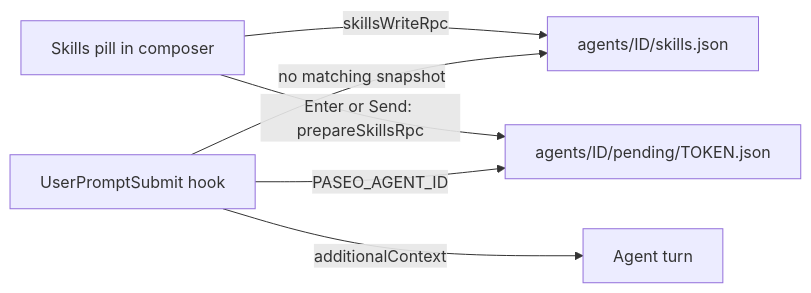
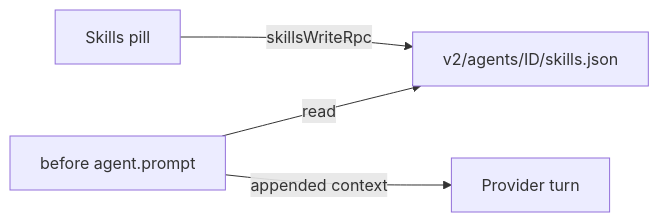
One commit to HiepPP/bachuc changed the diagram in hiep-plugins/plugins/skill-pins/README.md. Above: the diagram before and after it, drawn with Mermaid. The commit also changed other lines of this file and 177 other files, not shown here.

````diff
--- a/hiep-plugins/plugins/skill-pins/README.md
+++ b/hiep-plugins/plugins/skill-pins/README.md
@@ -26,8 +10,6 @@
 ```mermaid
 flowchart LR
-  A[Skills pill in composer] -->|skillsWriteRpc| B[agents/ID/skills.json]
-  A -->|Enter or Send: prepareSkillsRpc| C[agents/ID/pending/TOKEN.json]
-  D[UserPromptSubmit hook] -->|PASEO_AGENT_ID| C
-  D -->|no matching snapshot| B
-  D -->|additionalContext| E[Agent turn]
+  A[Skills pill] -->|skillsWriteRpc| B[v2/agents/ID/skills.json]
+  C[before agent.prompt] -->|read| B
+  C -->|appended context| D[Provider turn]
 ```
````
